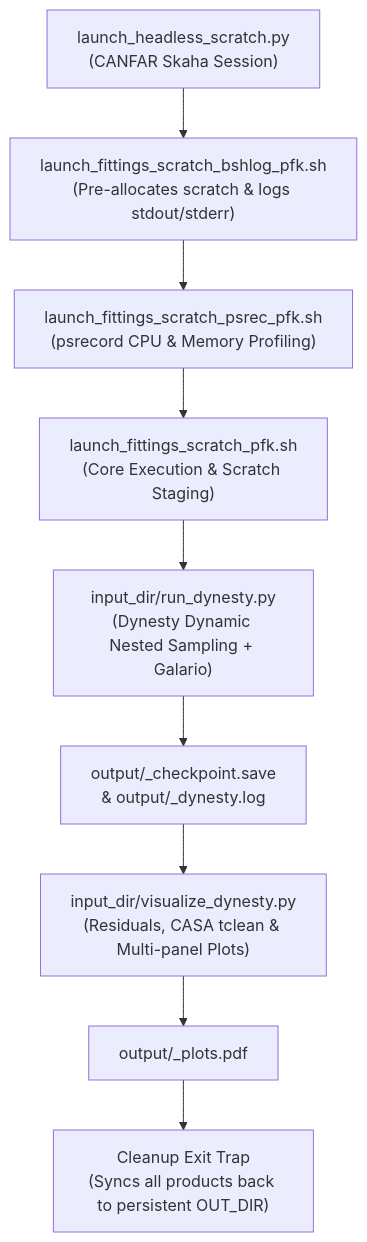
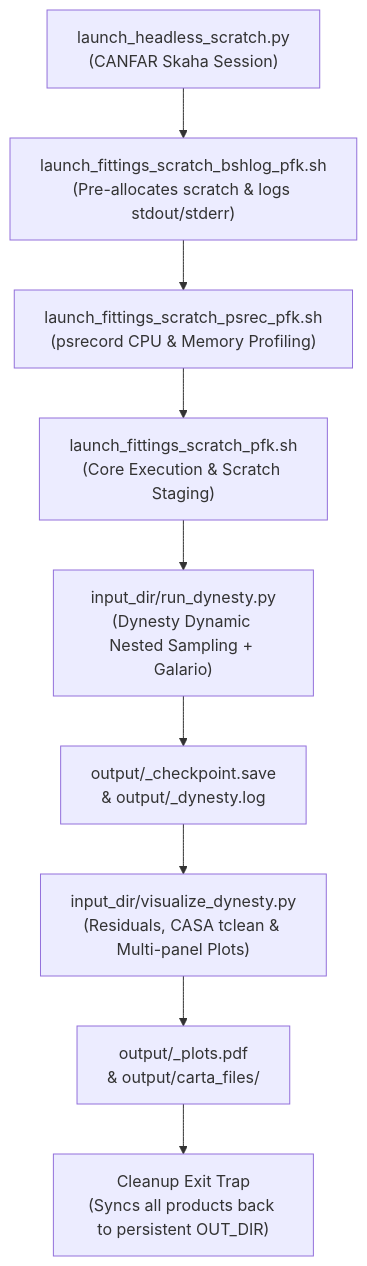
Before and after one commit to pknowlton/ALMA-Galaxy-Visibility-Modelling-PFKWork: the diagram in README.md, drawn with Mermaid. The commit also changed other lines of this file and 17 other files, not shown here.

Commit message:
Prior cards: per-run priors in dyn_version/prior_cards, legacy cards for all models; name outputs after the run, CARTA FITS in output/carta_files; drop fittype aliases; README updates

````diff
--- a/README.md
+++ b/README.md
@@ -69,11 +69,11 @@
 ```mermaid
 flowchart TD
     A["launch_headless_scratch.py<br>(CANFAR Skaha Session)"] --> B["launch_fittings_scratch_bshlog_pfk.sh<br>(Pre-allocates scratch & logs stdout/stderr)"]
     B --> C["launch_fittings_scratch_psrec_pfk.sh<br>(psrecord CPU & Memory Profiling)"]
     C --> D["launch_fittings_scratch_pfk.sh<br>(Core Execution & Scratch Staging)"]
     D --> E["input_dir/run_dynesty.py<br>(Dynesty Dynamic Nested Sampling + Galario)"]
-    E --> F["output/<fittype>_checkpoint.save<br>& output/<fittype>_dynesty.log"]
+    E --> F["output/<session_name>_checkpoint.save<br>& output/<session_name>_dynesty.log"]
     F --> G["input_dir/visualize_dynesty.py<br>(Residuals, CASA tclean & Multi-panel Plots)"]
-    G --> H["output/<fittype>_plots.pdf"]
+    G --> H["output/<session_name>_plots.pdf<br>& output/carta_files/"]
     H --> I["Cleanup Exit Trap<br>(Syncs all products back to persistent OUT_DIR)"]
 ```
````
